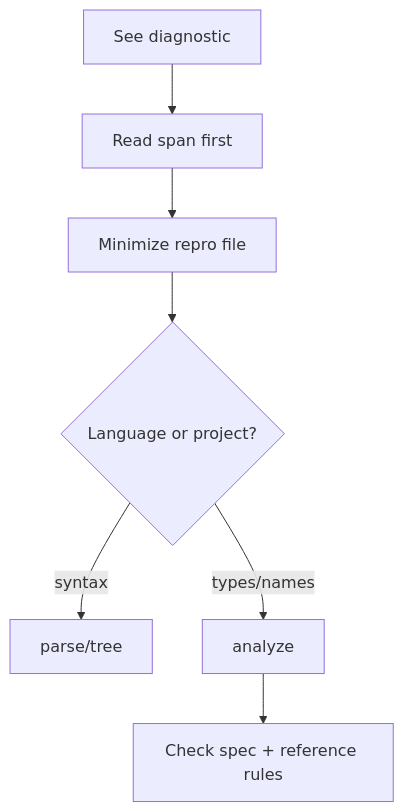
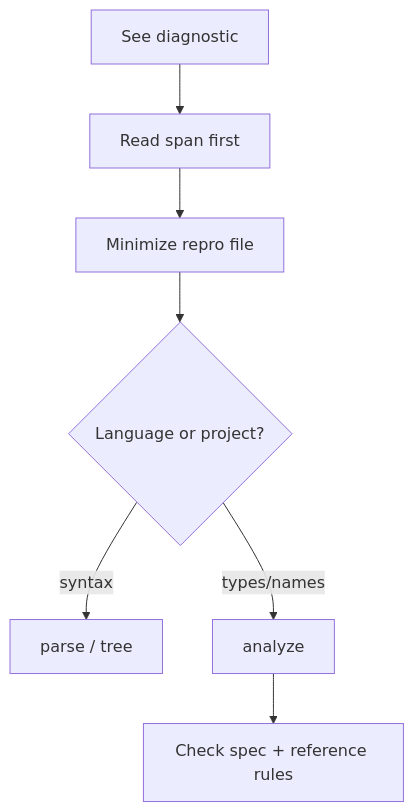
One commit to Cyber-Nomad-Collective/beskid changed the diagram in site/website/src/content/docs/book/07-compiler-is-not-your-therapist/read-a-diagnostic.mdx. Above: the diagram before and after it, drawn with Mermaid. The commit also changed 60 other files, not shown here.

````diff
--- a/site/website/src/content/docs/book/07-compiler-is-not-your-therapist/read-a-diagnostic.mdx
+++ b/site/website/src/content/docs/book/07-compiler-is-not-your-therapist/read-a-diagnostic.mdx
@@ -38,9 +38,11 @@
 ```mermaid
 flowchart TD
+  accTitle: Reading a diagnostic
+  accDescr: Read the span, minimize the repro, then use parse or tree for syntax problems and analyze for name and type problems before checking the spec.
   D[See diagnostic] --> R[Read span first]
   R --> M[Minimize repro file]
   M --> C{Language or project?}
-  C -->|syntax| P[parse/tree]
+  C -->|syntax| P["parse / tree"]
   C -->|types/names| A[analyze]
   A --> S[Check spec + reference rules]
 ```
````
